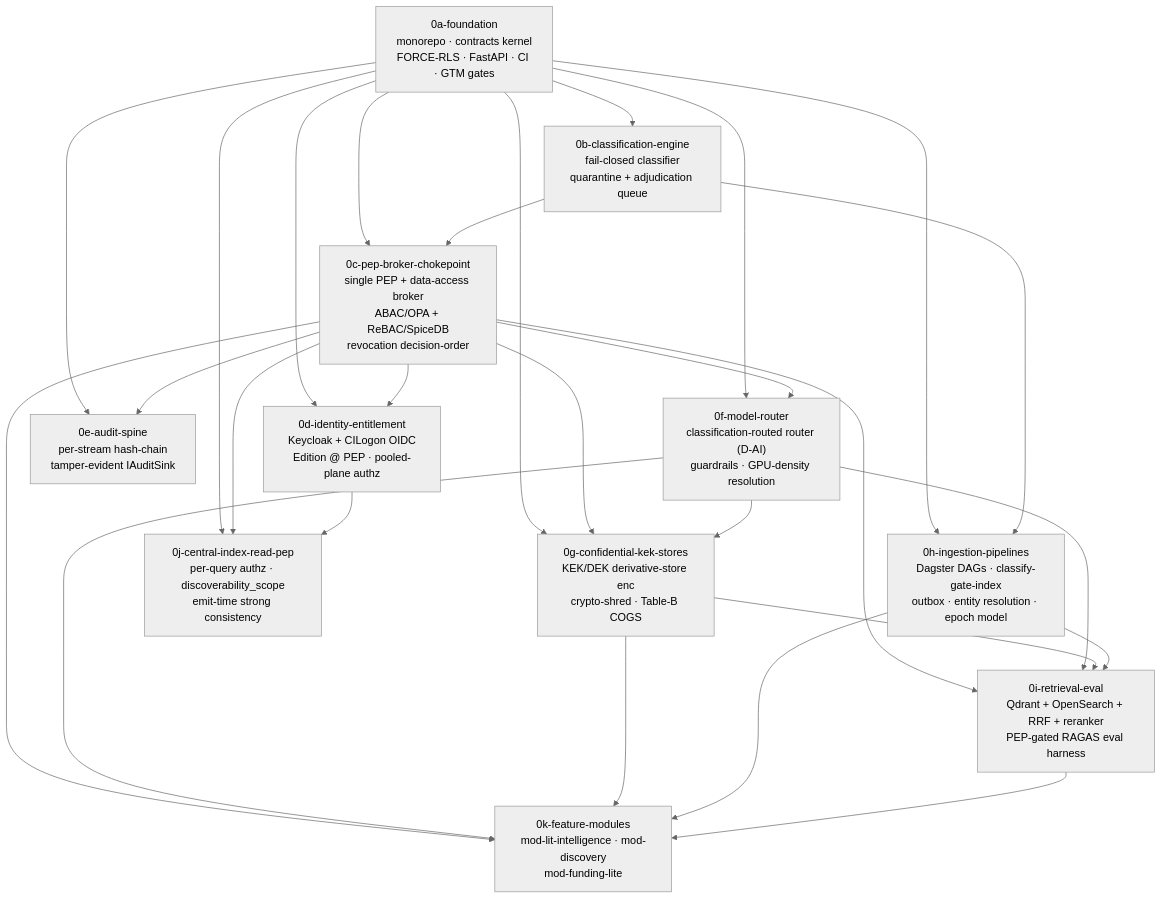
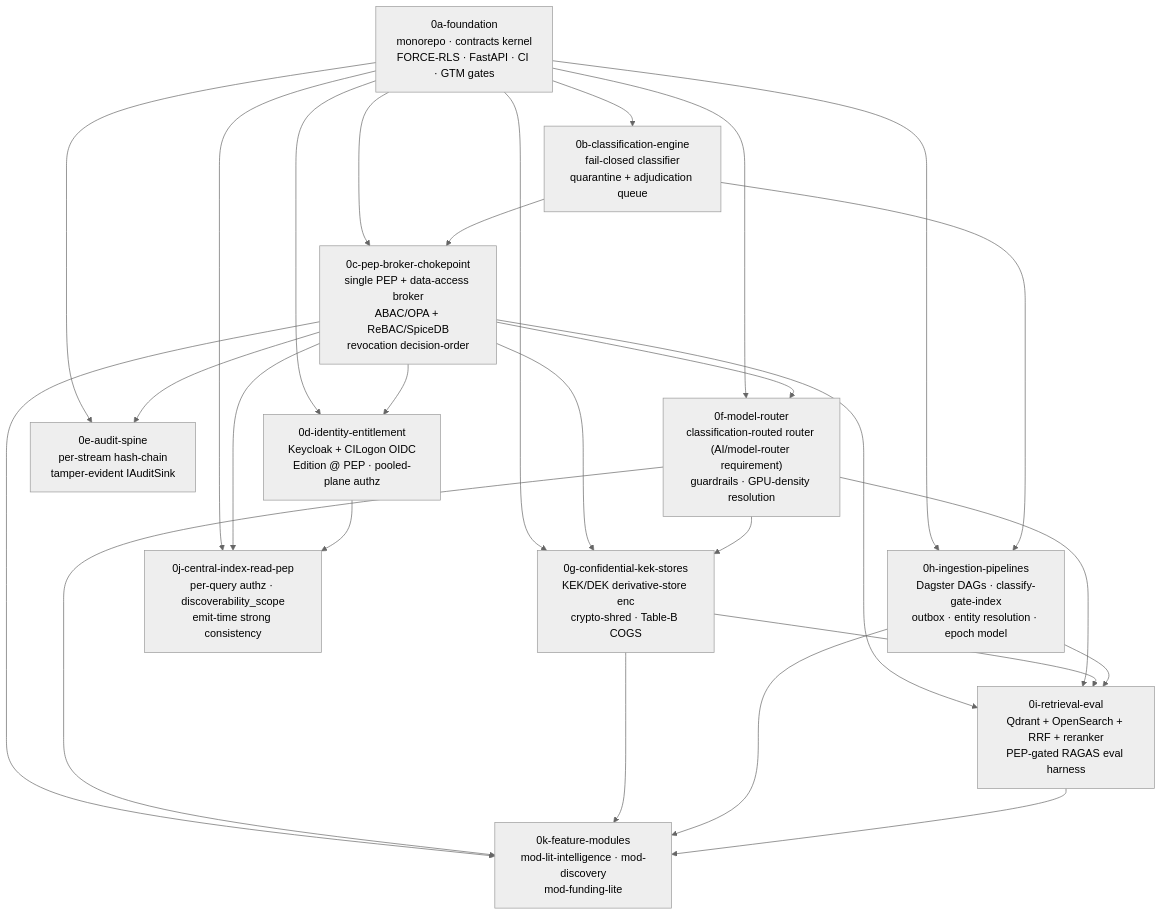
The diagram in plans/phase0/00-index.md (anurag2796/tiger_research_buddy), drawn with Mermaid (neutral theme) before and after one commit. The commit also changed other lines of this file and 18 other files, not shown here.

````diff
--- a/plans/phase0/00-index.md
+++ b/plans/phase0/00-index.md
@@ -28,41 +28,41 @@
 ```mermaid
 graph TD
     0a["0a-foundation<br/>monorepo · contracts kernel<br/>FORCE-RLS · FastAPI · CI · GTM gates"]
     0b["0b-classification-engine<br/>fail-closed classifier<br/>quarantine + adjudication queue"]
     0c["0c-pep-broker-chokepoint<br/>single PEP + data-access broker<br/>ABAC/OPA + ReBAC/SpiceDB<br/>revocation decision-order"]
     0d["0d-identity-entitlement<br/>Keycloak + CILogon OIDC<br/>Edition @ PEP · pooled-plane authz"]
     0e["0e-audit-spine<br/>per-stream hash-chain<br/>tamper-evident IAuditSink"]
-    0f["0f-model-router<br/>classification-routed router (D-AI)<br/>guardrails · GPU-density resolution"]
+    0f["0f-model-router<br/>classification-routed router (AI/model-router requirement)<br/>guardrails · GPU-density resolution"]
     0g["0g-confidential-kek-stores<br/>KEK/DEK derivative-store enc<br/>crypto-shred · Table-B COGS"]
     0h["0h-ingestion-pipelines<br/>Dagster DAGs · classify-gate-index<br/>outbox · entity resolution · epoch model"]
     0i["0i-retrieval-eval<br/>Qdrant + OpenSearch + RRF + reranker<br/>PEP-gated RAGAS eval harness"]
     0j["0j-central-index-read-pep<br/>per-query authz · discoverability_scope<br/>emit-time strong consistency"]
     0k["0k-feature-modules<br/>mod-lit-intelligence · mod-discovery<br/>mod-funding-lite"]
 
     0a --> 0b
     0a --> 0c
     0b --> 0c
     0a --> 0d
     0c --> 0d
     0a --> 0e
     0c --> 0e
     0a --> 0f
     0c --> 0f
     0a --> 0g
     0c --> 0g
     0f --> 0g
     0a --> 0h
     0b --> 0h
     0c --> 0i
     0f --> 0i
     0g --> 0i
     0h --> 0i
     0a --> 0j
     0c --> 0j
     0d --> 0j
     0c --> 0k
     0f --> 0k
     0g --> 0k
     0h --> 0k
     0i --> 0k
 ```
````
